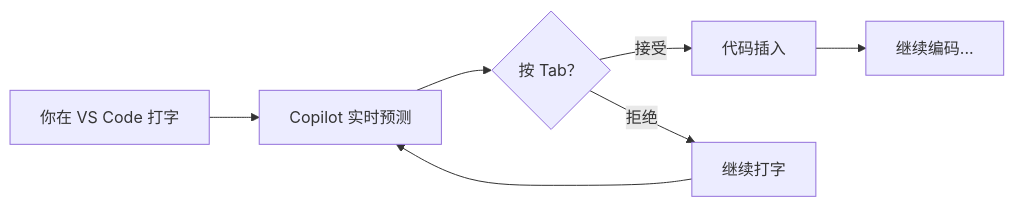
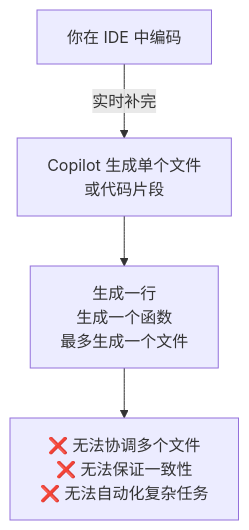
The first of 6 diagrams in content/posts/openclaw-copilot-automation.md (shawndenggh/shawndeng.tech), drawn with Mermaid before and after one commit. The commit also changed other lines of this file, not shown here.

Commit message:
refactor: rewrite article - focus on using OpenClaw to orchestrate Copilot for batch code generation

````diff
--- a/content/posts/openclaw-copilot-automation.md
+++ b/content/posts/openclaw-copilot-automation.md
@@ -31,9 +14,6 @@
 ```mermaid
-graph LR
-    A["你在 VS Code 打字"] --> B["Copilot 实时预测"]
-    B --> C{"按 Tab？"}
-    C -->|接受| D["代码插入"]
-    C -->|拒绝| E["继续打字"]
-    D --> F["继续编码..."]
-    E --> B
+graph TD
+    A["你在 IDE 中编码"] -->|实时补完| B["Copilot 生成单个文件<br/>或代码片段"]
+    B --> C["生成一行<br/>生成一个函数<br/>最多生成一个文件"]
+    C --> D["❌ 无法协调多个文件<br/>❌ 无法保证一致性<br/>❌ 无法自动化复杂任务"]
 ```
````
